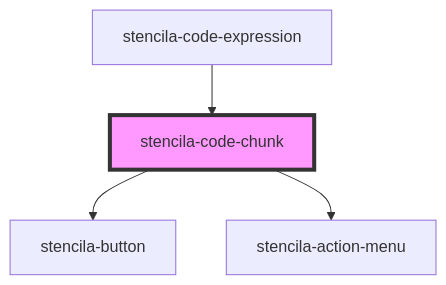
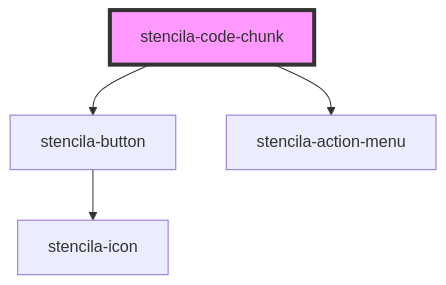
One commit to stencila/designa changed the diagram in packages/components/src/components/codeChunk/readme.md. Above: the diagram before and after it, drawn with Mermaid. The commit also changed other lines of this file and 14 other files, not shown here.

Commit message:
feat(CodeExpression): Add Code Expression component

````diff
--- a/packages/components/src/components/codeChunk/readme.md
+++ b/packages/components/src/components/codeChunk/readme.md
@@ -32,7 +28,7 @@
 ```mermaid
 graph TD;
   stencila-code-chunk --> stencila-button
   stencila-code-chunk --> stencila-action-menu
-  stencila-code-expression --> stencila-code-chunk
+  stencila-button --> stencila-icon
   style stencila-code-chunk fill:#f9f,stroke:#333,stroke-width:4px
 ```
````
